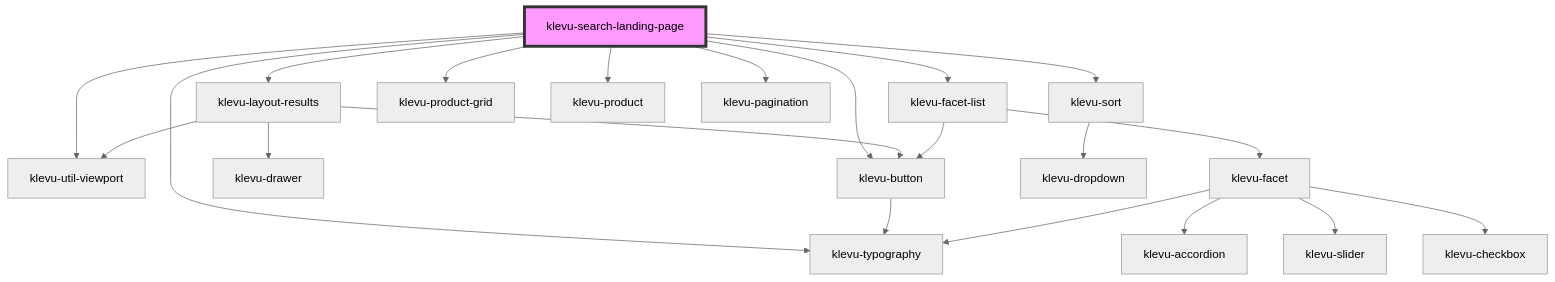
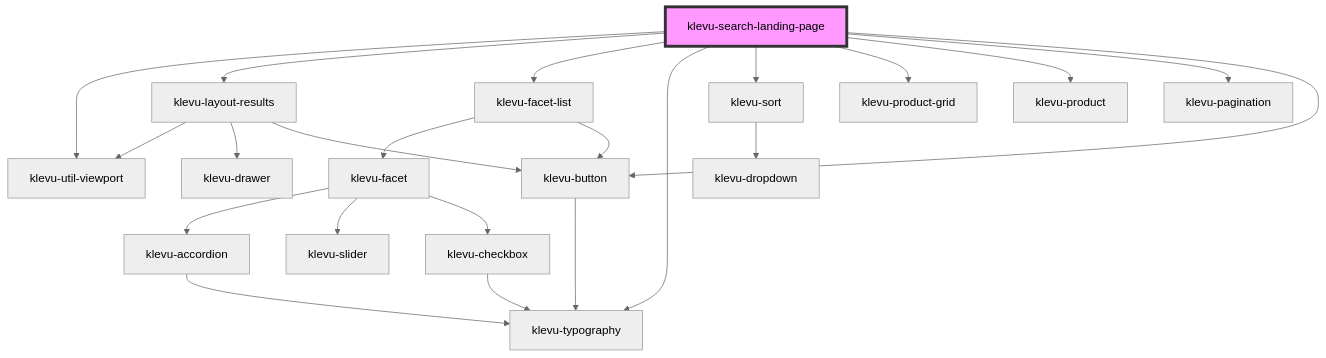
One commit to klevultd/frontend-sdk changed the diagram in packages/klevu-ui/src/components/klevu-search-landing-page/readme.md. Above: the diagram before and after it, drawn with Mermaid (neutral theme). The commit also changed 17 other files, not shown here.

Commit message:
Update checkbox, accordion and facet component

````diff
--- a/packages/klevu-ui/src/components/klevu-search-landing-page/readme.md
+++ b/packages/klevu-ui/src/components/klevu-search-landing-page/readme.md
@@ -38,24 +38,25 @@
 ```mermaid
 graph TD;
   klevu-search-landing-page --> klevu-util-viewport
   klevu-search-landing-page --> klevu-layout-results
   klevu-search-landing-page --> klevu-facet-list
   klevu-search-landing-page --> klevu-typography
   klevu-search-landing-page --> klevu-sort
   klevu-search-landing-page --> klevu-product-grid
   klevu-search-landing-page --> klevu-product
   klevu-search-landing-page --> klevu-pagination
   klevu-search-landing-page --> klevu-button
   klevu-layout-results --> klevu-util-viewport
   klevu-layout-results --> klevu-drawer
   klevu-layout-results --> klevu-button
   klevu-button --> klevu-typography
   klevu-facet-list --> klevu-facet
   klevu-facet-list --> klevu-button
   klevu-facet --> klevu-accordion
-  klevu-facet --> klevu-typography
   klevu-facet --> klevu-slider
   klevu-facet --> klevu-checkbox
+  klevu-accordion --> klevu-typography
+  klevu-checkbox --> klevu-typography
   klevu-sort --> klevu-dropdown
   style klevu-search-landing-page fill:#f9f,stroke:#333,stroke-width:4px
 ```
````
